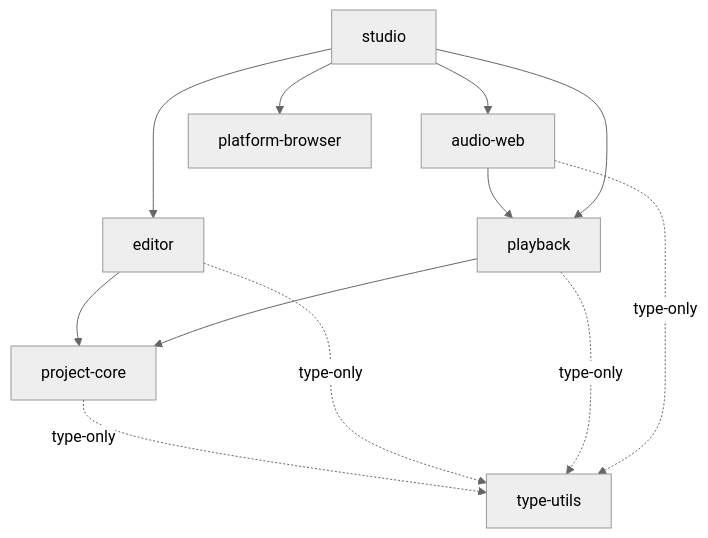
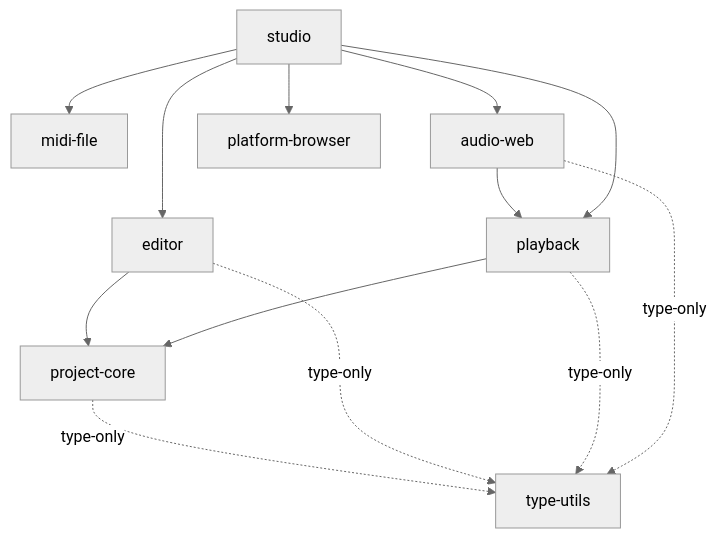
Before and after one commit to Dyolem/seele-daw: the third of 4 diagrams in docs/architecture/web-daw-long-term-architecture-v3.md, drawn with Mermaid (neutral theme). The commit also changed other lines of this file and 24 other files, not shown here.

````diff
--- a/docs/architecture/web-daw-long-term-architecture-v3.md
+++ b/docs/architecture/web-daw-long-term-architecture-v3.md
@@ -290,15 +294,17 @@
 ```mermaid
 flowchart TD
   TU["type-utils"]
+  MF["midi-file"]
   APP["studio"] --> ED["editor"]
   APP --> AW["audio-web"]
   APP --> BR["platform-browser"]
+  APP --> MF
   ED --> PC["project-core"]
   PB["playback"] --> PC
   AW --> PB
   APP --> PB
   PC -. "type-only" .-> TU
   ED -. "type-only" .-> TU
   PB -. "type-only" .-> TU
   AW -. "type-only" .-> TU
 ```
````
